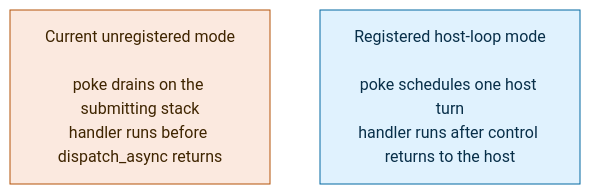
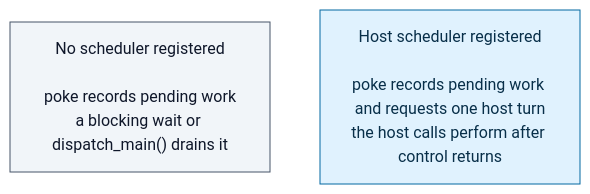
The diagram in docs/wasi-host-event-loop/execution-models.mmd (PassiveLogic/swift-corelibs-libdispatch), drawn with Mermaid before and after one commit. The commit also changed 4 other files, not shown here.

```diff
--- a/docs/wasi-host-event-loop/execution-models.mmd
+++ b/docs/wasi-host-event-loop/execution-models.mmd
@@ -1,10 +1,10 @@
 flowchart LR
-    E["Current unregistered mode<br/><br/>poke drains on the submitting stack<br/>handler runs before dispatch_async returns"]
-    H["Registered host-loop mode<br/><br/>poke schedules one host turn<br/>handler runs after control returns to the host"]
+    U["No scheduler registered<br/><br/>poke records pending work<br/>a blocking wait or dispatch_main() drains it"]
+    H["Host scheduler registered<br/><br/>poke records pending work and requests one host turn<br/>the host calls perform after control returns"]
 
-    E ~~~ H
+    U ~~~ H
 
-    classDef current fill:#fbe9df,stroke:#b45309,color:#3f2500
-    classDef proposed fill:#e0f2fe,stroke:#0369a1,color:#082f49
-    class E current
-    class H proposed
+    classDef unregistered fill:#f1f5f9,stroke:#475569,color:#0f172a
+    classDef registered fill:#e0f2fe,stroke:#0369a1,color:#082f49
+    class U unregistered
+    class H registered
```
